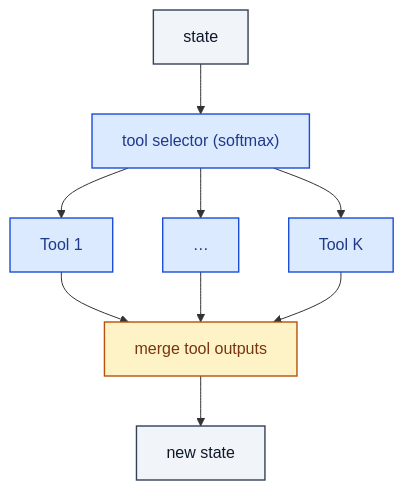
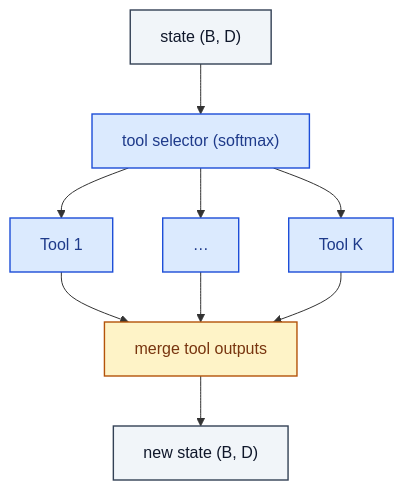
The diagram in multimodal/ToolUseBlock.md (RealityShifts/Srivastava-book-of-Blocks-diagrams), drawn with Mermaid before and after one commit. The commit also changed 123 other files, not shown here.

````diff
--- a/multimodal/ToolUseBlock.md
+++ b/multimodal/ToolUseBlock.md
@@ -7,27 +7,28 @@
 ```mermaid
 flowchart TD
-    n0_0["state"]:::io
+    n0_0["state  (B, D)"]:::io
     n1_0["tool selector  (softmax)"]:::op
     n2_0["Tool 1"]:::op
     n2_1["…"]:::op
     n2_2["Tool K"]:::op
     n3_0["merge tool outputs"]:::merge
-    n4_0["new state"]:::io
+    n4_0["new state  (B, D)"]:::io
     n0_0 --> n1_0
     n1_0 --> n2_0
     n1_0 --> n2_1
     n1_0 --> n2_2
     n2_0 --> n3_0
     n2_1 --> n3_0
     n2_2 --> n3_0
     n3_0 --> n4_0
     classDef io fill:#f1f5f9,stroke:#334155,stroke-width:1.4px,color:#0f172a
     classDef op fill:#dbeafe,stroke:#1d4ed8,stroke-width:1.4px,color:#1e3a8a
     classDef norm fill:#dcfce7,stroke:#15803d,stroke-width:1.4px,color:#14532d
     classDef act fill:#ffedd5,stroke:#c2410c,stroke-width:1.4px,color:#7c2d12
     classDef attn fill:#ede9fe,stroke:#6d28d9,stroke-width:1.4px,color:#4c1d95
     classDef merge fill:#fef3c7,stroke:#b45309,stroke-width:1.4px,color:#78350f
     classDef emb fill:#fef9c3,stroke:#a16207,stroke-width:1.4px,color:#713f12
     classDef loss fill:#fee2e2,stroke:#b91c1c,stroke-width:1.4px,color:#7f1d1d
     classDef ctrl fill:#f5f5f4,stroke:#52525b,stroke-width:1.4px,color:#27272a
+    classDef ref fill:#e0f2fe,stroke:#0369a1,stroke-width:2px,color:#0c4a6e,stroke-dasharray: 4 2
 ```
````
